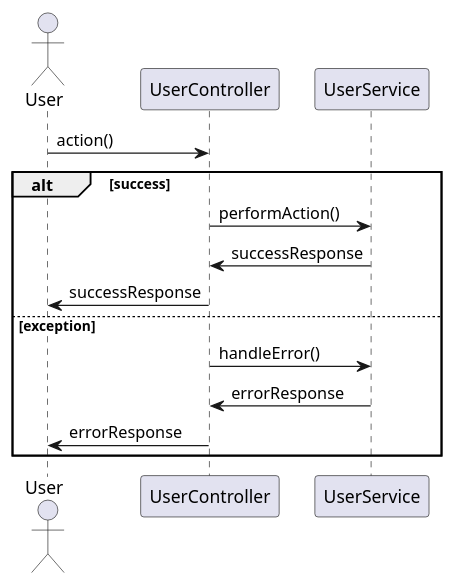
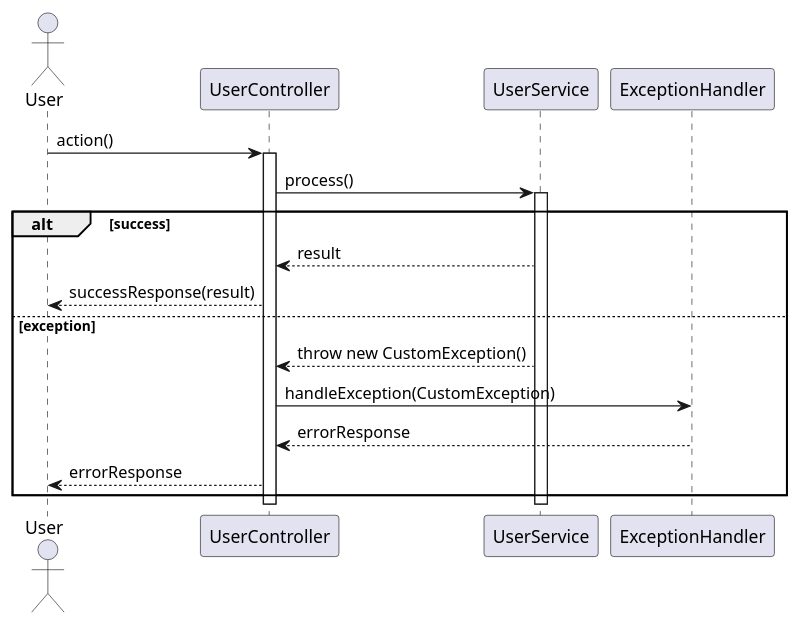
One commit to Dinesh-s95/AutoDoc.ai changed the fourth of 5 diagrams in identityprovider/documentation/detaileddesign.adoc. Above: the diagram before and after it, drawn with PlantUML. The commit also changed other lines of this file and 2 other files, not shown here.

````diff
--- a/identityprovider/documentation/detaileddesign.adoc
+++ b/identityprovider/documentation/detaileddesign.adoc
@@ -225,18 +252,25 @@
-```plantuml
+[plantuml, exception-handling-sequence, png]
+----
 @startuml
-actor "User" as user
-participant "UserController" as controller
-participant "UserService" as service
+actor User
+participant UserController
+participant UserService
+participant ExceptionHandler
 
-user -> controller : action()
+User -> UserController : action()
+activate UserController
+UserController -> UserService : process()
+activate UserService
 alt success
-  controller -> service : performAction()
-  service -> controller : successResponse
-  controller -> user : successResponse
+  UserService --> UserController : result
+  UserController --> User : successResponse(result)
 else exception
-  controller -> service : handleError()
-  service -> controller : errorResponse
-  controller -> user : errorResponse
+  UserService --> UserController : throw new CustomException()
+  UserController -> ExceptionHandler : handleException(CustomException)
+  ExceptionHandler --> UserController : errorResponse
+  UserController --> User : errorResponse
 end
+deactivate UserService
+deactivate UserController
 @enduml
-```
+----
````
